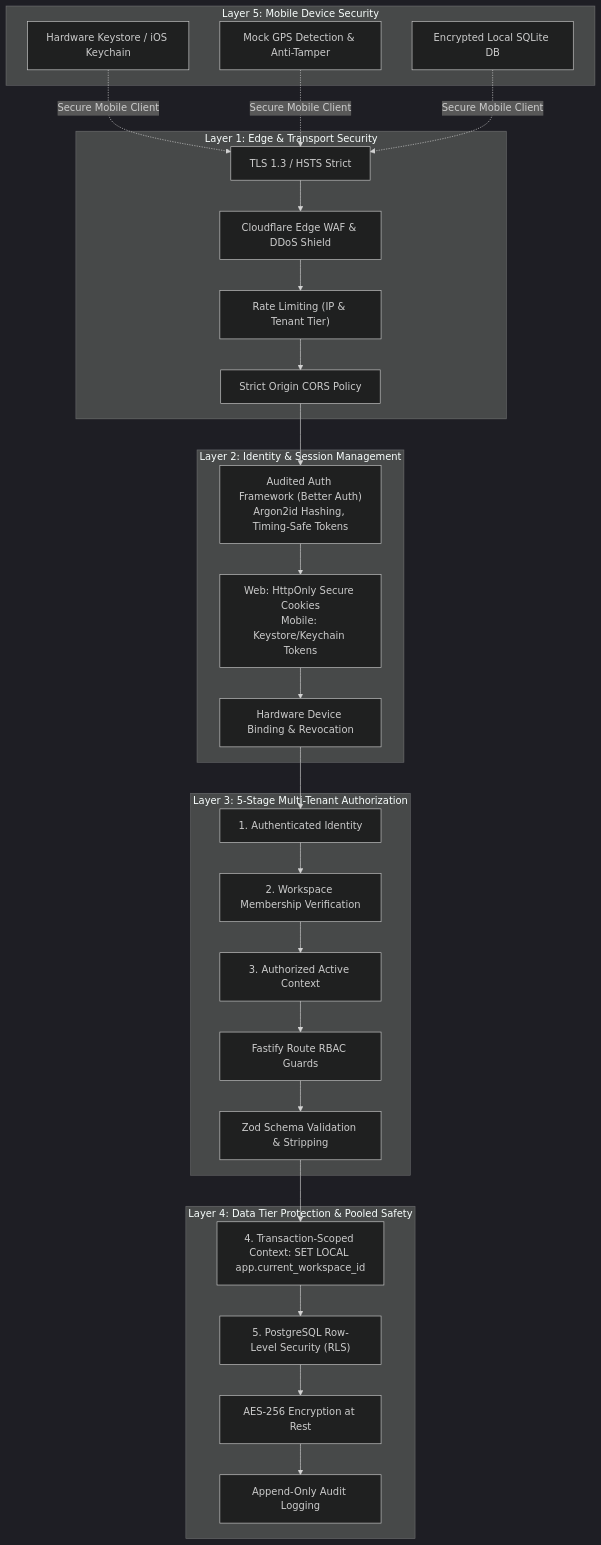
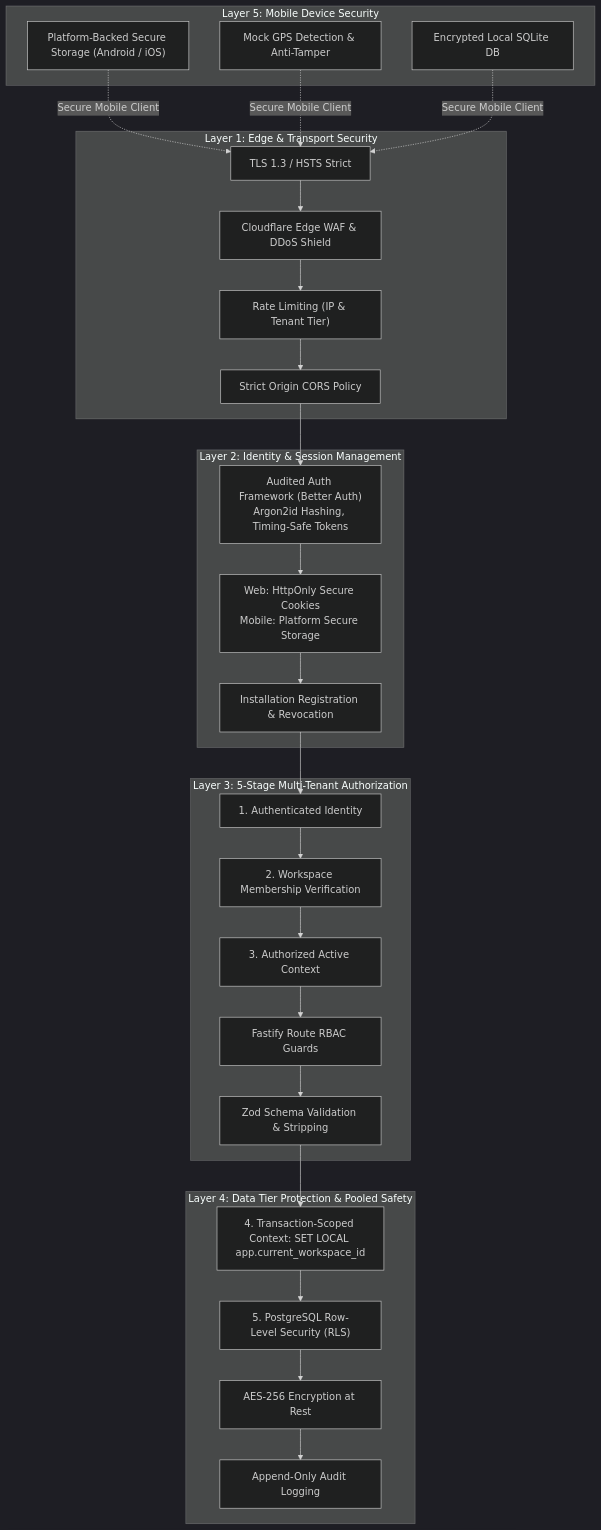
One commit to djsushilkumar/oprino changed the diagram in docs/architecture/SECURITY-ARCHITECTURE.md. Above: the diagram before and after it, drawn with Mermaid (dark theme). The commit also changed other lines of this file and 151 other files, not shown here.

Commit message:
chore: freeze Flutter architecture and Phase 01B baseline

````diff
--- a/docs/architecture/SECURITY-ARCHITECTURE.md
+++ b/docs/architecture/SECURITY-ARCHITECTURE.md
@@ -29,39 +29,39 @@
 ```mermaid
 flowchart TD
     subgraph Layer1["Layer 1: Edge & Transport Security"]
         TLS["TLS 1.3 / HSTS Strict"]
         WAF["Cloudflare Edge WAF & DDoS Shield"]
         RATE["Rate Limiting (IP & Tenant Tier)"]
         CORS["Strict Origin CORS Policy"]
     end
 
     subgraph Layer2["Layer 2: Identity & Session Management"]
         AUDITED_AUTH["Audited Auth Framework (Better Auth)<br>Argon2id Hashing, Timing-Safe Tokens"]
-        DUAL_SESSION["Web: HttpOnly Secure Cookies<br>Mobile: Keystore/Keychain Tokens"]
-        DEVICE["Hardware Device Binding & Revocation"]
+        DUAL_SESSION["Web: HttpOnly Secure Cookies<br>Mobile: Platform Secure Storage"]
+        DEVICE["Installation Registration & Revocation"]
     end
 
     subgraph Layer3["Layer 3: 5-Stage Multi-Tenant Authorization"]
         AUTH_ID["1. Authenticated Identity"]
         MEMBER_CHECK["2. Workspace Membership Verification"]
         CONTEXT["3. Authorized Active Context"]
         GUARD["Fastify Route RBAC Guards"]
         ZOD["Zod Schema Validation & Stripping"]
     end
 
     subgraph Layer4["Layer 4: Data Tier Protection & Pooled Safety"]
         SET_LOCAL["4. Transaction-Scoped Context: SET LOCAL app.current_workspace_id"]
         RLS["5. PostgreSQL Row-Level Security (RLS)"]
         AES["AES-256 Encryption at Rest"]
         AUDIT["Append-Only Audit Logging"]
     end
 
     subgraph Layer5["Layer 5: Mobile Device Security"]
-        KEYSTORE["Hardware Keystore / iOS Keychain"]
+        KEYSTORE["Platform-Backed Secure Storage (Android / iOS)"]
         MOCK["Mock GPS Detection & Anti-Tamper"]
         SQLCIPHER["Encrypted Local SQLite DB"]
     end
 
     TLS --> WAF --> RATE --> CORS --> AUDITED_AUTH --> DUAL_SESSION --> DEVICE --> AUTH_ID --> MEMBER_CHECK --> CONTEXT --> GUARD --> ZOD --> SET_LOCAL --> RLS --> AES --> AUDIT
     KEYSTORE & MOCK & SQLCIPHER -.->|Secure Mobile Client| TLS
 ```
````
